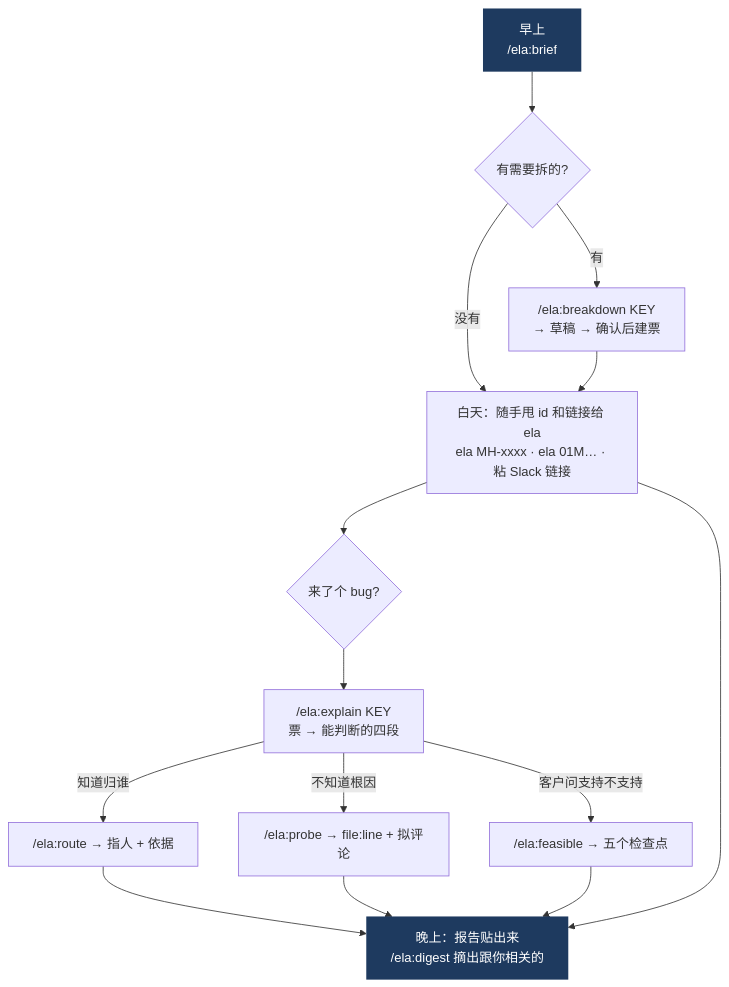
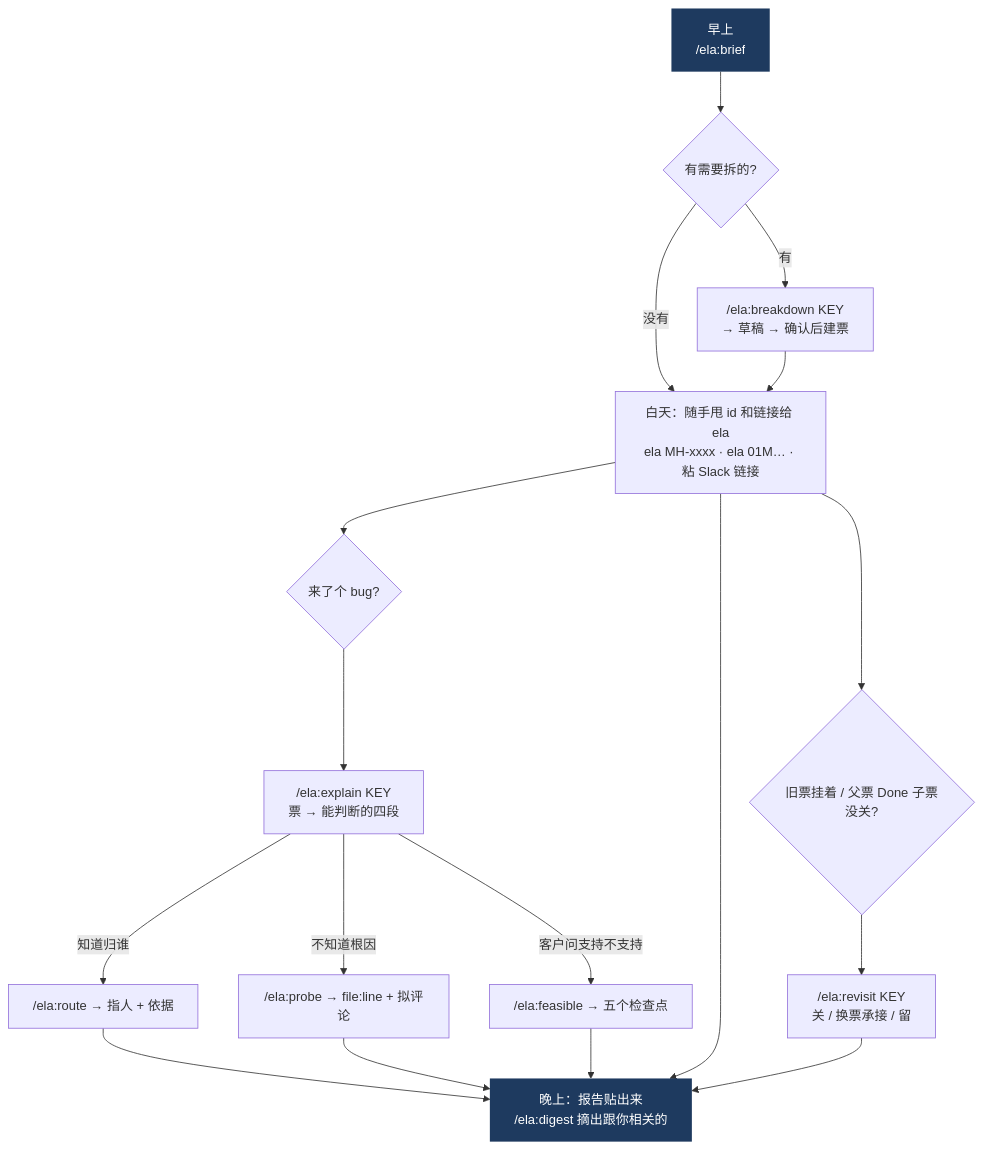
One commit to tvuevanli/tvu-ela changed the fourth of 4 diagrams in docs/manual.md. Above: the diagram before and after it, drawn with Mermaid. The commit also changed other lines of this file and 5 other files, not shown here.

````diff
--- a/docs/manual.md
+++ b/docs/manual.md
@@ -187,18 +189,21 @@
 ```mermaid
 flowchart TD
   M["早上<br>/ela:brief"] --> M2{"有需要拆的?"}
   M2 -->|"有"| BD["/ela:breakdown KEY<br>→ 草稿 → 确认后建票"]
   M2 -->|"没有"| D
   BD --> D["白天：随手甩 id 和链接给 ela<br>ela MH-xxxx · ela 01M… · 粘 Slack 链接"]
   D --> BUG{"来了个 bug?"}
   BUG --> EX["/ela:explain KEY<br>票 → 能判断的四段"]
   EX -->|"知道归谁"| RO["/ela:route → 指人 + 依据"]
   EX -->|"不知道根因"| PR["/ela:probe → file:line + 拟评论"]
   EX -->|"客户问支持不支持"| FE["/ela:feasible → 五个检查点"]
   RO --> EV
   PR --> EV["晚上：报告贴出来<br>/ela:digest 摘出跟你相关的"]
   FE --> EV
   D --> EV
+  D --> OLD{"旧票挂着 / 父票 Done 子票没关?"}
+  OLD --> RV["/ela:revisit KEY<br>关 / 换票承接 / 留"]
+  RV --> EV
   classDef m fill:#1e3a5f,color:#fff,stroke:none
   class M,EV m
 ```
````
